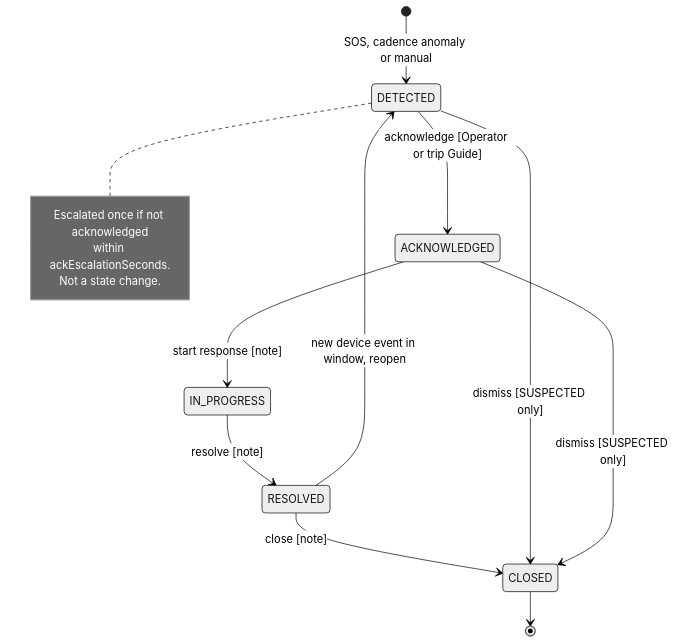
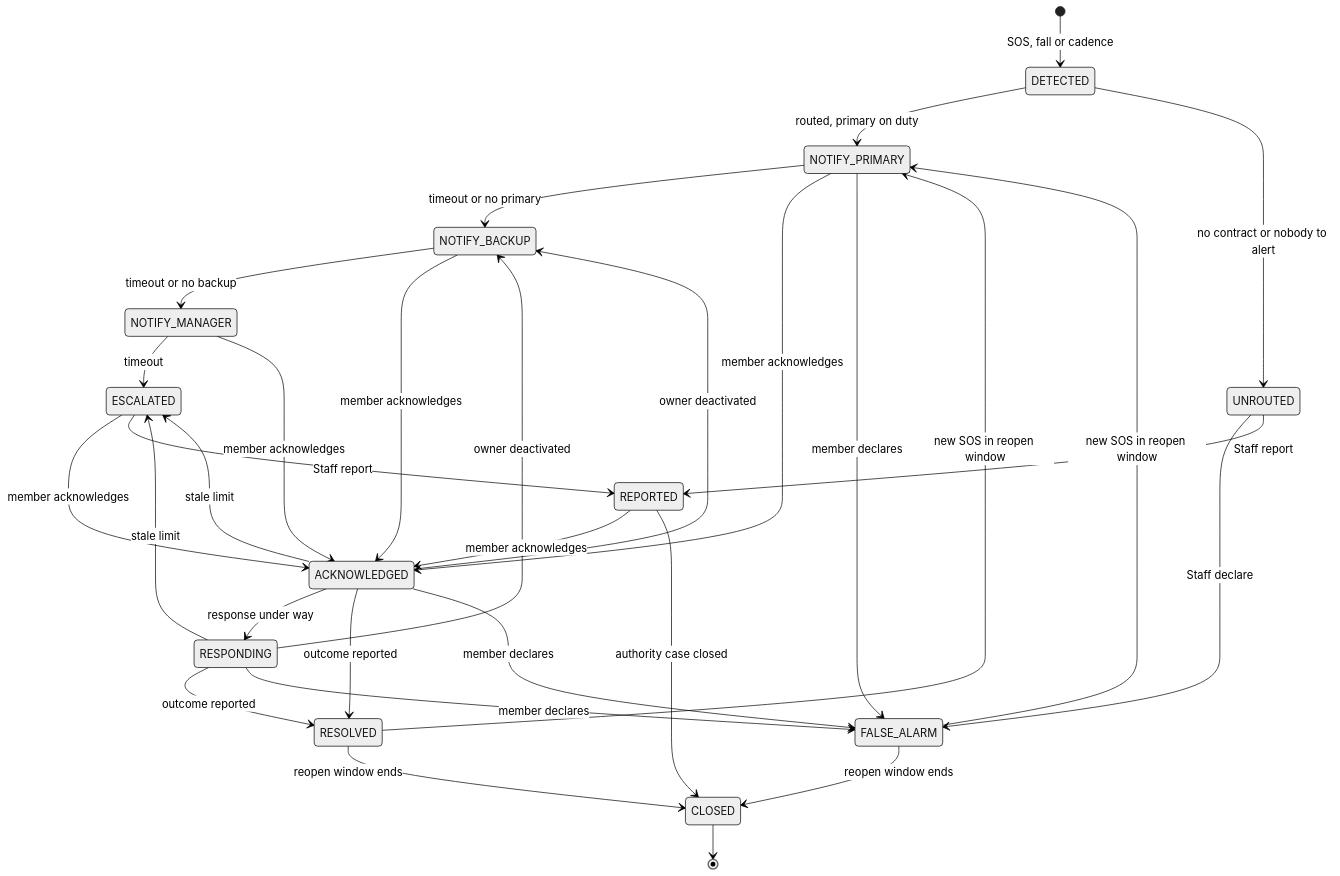
One commit to TrekLink-Team/treklink-web changed the second of 3 diagrams in specs/incidents/design.md. Above: the diagram before and after it, drawn with Mermaid (neutral theme). The commit also changed other lines of this file and 367 other files, not shown here.

First line of the commit message:
docs: rewrite the module specs and schema from the rescoped SRS

````diff
--- a/specs/incidents/design.md
+++ b/specs/incidents/design.md
@@ -81,17 +38,33 @@
 ```mermaid
 stateDiagram-v2
-    [*] --> DETECTED: SOS, cadence anomaly or manual
-    DETECTED --> ACKNOWLEDGED: acknowledge [Operator or trip Guide]
-    ACKNOWLEDGED --> IN_PROGRESS: start response [note]
-    IN_PROGRESS --> RESOLVED: resolve [note]
-    RESOLVED --> CLOSED: close [note]
-    RESOLVED --> DETECTED: new device event in window, reopen
-    DETECTED --> CLOSED: dismiss [SUSPECTED only]
-    ACKNOWLEDGED --> CLOSED: dismiss [SUSPECTED only]
+    [*] --> DETECTED : SOS, fall or cadence
+    DETECTED --> NOTIFY_PRIMARY : routed, primary on duty
+    DETECTED --> UNROUTED : no contract or nobody to alert
+    NOTIFY_PRIMARY --> NOTIFY_BACKUP : timeout or no primary
+    NOTIFY_BACKUP --> NOTIFY_MANAGER : timeout or no backup
+    NOTIFY_MANAGER --> ESCALATED : timeout
+    NOTIFY_PRIMARY --> ACKNOWLEDGED : member acknowledges
+    NOTIFY_BACKUP --> ACKNOWLEDGED : member acknowledges
+    NOTIFY_MANAGER --> ACKNOWLEDGED : member acknowledges
+    ESCALATED --> ACKNOWLEDGED : member acknowledges
+    REPORTED --> ACKNOWLEDGED : member acknowledges
+    ACKNOWLEDGED --> RESPONDING : response under way
+    ACKNOWLEDGED --> ESCALATED : stale limit
+    RESPONDING --> ESCALATED : stale limit
+    ACKNOWLEDGED --> NOTIFY_BACKUP : owner deactivated
+    RESPONDING --> NOTIFY_BACKUP : owner deactivated
+    ACKNOWLEDGED --> RESOLVED : outcome reported
+    RESPONDING --> RESOLVED : outcome reported
+    NOTIFY_PRIMARY --> FALSE_ALARM : member declares
+    ACKNOWLEDGED --> FALSE_ALARM : member declares
+    RESPONDING --> FALSE_ALARM : member declares
+    UNROUTED --> FALSE_ALARM : Staff declare
+    UNROUTED --> REPORTED : Staff report
+    ESCALATED --> REPORTED : Staff report
+    REPORTED --> CLOSED : authority case closed
+    RESOLVED --> NOTIFY_PRIMARY : new SOS in reopen window
+    FALSE_ALARM --> NOTIFY_PRIMARY : new SOS in reopen window
+    RESOLVED --> CLOSED : reopen window ends
+    FALSE_ALARM --> CLOSED : reopen window ends
     CLOSED --> [*]
-    note right of DETECTED
-        Escalated once if not acknowledged
-        within ackEscalationSeconds.
-        Not a state change.
-    end note
 ```
````
